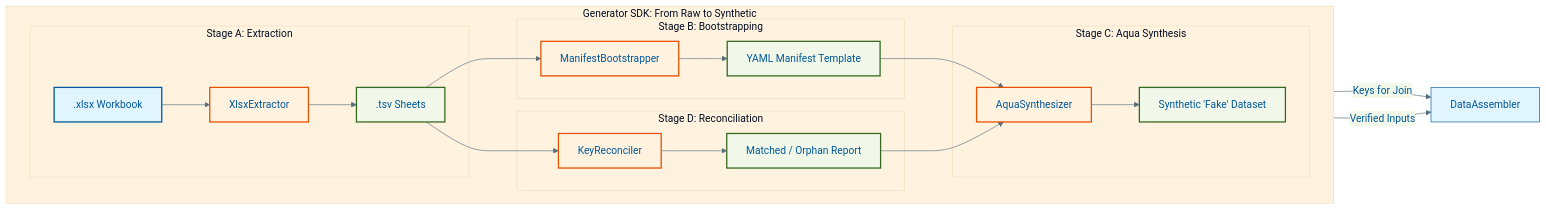
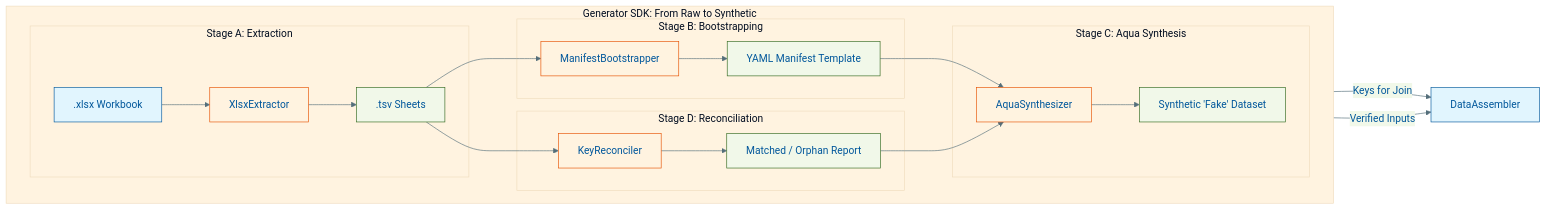
Before and after one commit to NorwegianVeterinaryInstitute/SPARMVET_VIZ: the diagram in docs/workflows/_sdk_mermaid.mmd, drawn with Mermaid. The commit also changed 5 other files, not shown here.

Commit message:
docs: refactor Mermaid diagrams, update documentation links, and standardize Quarto configuration structure

```diff
--- a/docs/workflows/_sdk_mermaid.mmd
+++ b/docs/workflows/_sdk_mermaid.mmd
@@ -1,53 +1,53 @@
 %%{init: {
   'theme': 'base',
   'themeVariables': {
     'primaryColor': '#e1f5fe',
     'primaryTextColor': '#01579b',
     'primaryBorderColor': '#01579b',
     'lineColor': '#546e7a',
     'secondaryColor': '#f1f8e9',
     'tertiaryColor': '#fff3e0',
     'fontSize': '16px',
     'fontFamily': 'arial'
   }
 }}%%
 graph LR
     %% Class Definitions
-    classDef input fill:#e1f5fe,stroke:#01579b,stroke-width:2px;
-    classDef logic fill:#fff3e0,stroke:#e65100,stroke-width:2px;
-    classDef output fill:#f1f8e9,stroke:#33691e,stroke-width:2px;
+    classDef input fill:#e1f5fe,stroke:#01579b;
+    classDef logic fill:#fff3e0,stroke:#e65100;
+    classDef output fill:#f1f8e9,stroke:#33691e;
 
     subgraph SDK ["Generator SDK: From Raw to Synthetic"]
         direction LR
 
         subgraph Extraction ["Stage A: Extraction"]
             XLSX[".xlsx Workbook"]:::input
             EX[XlsxExtractor]:::logic
             TSV_RAW[".tsv Sheets"]:::output
             XLSX --> EX --> TSV_RAW
         end
 
         subgraph Ingress ["Stage B: Bootstrapping"]
             B[ManifestBootstrapper]:::logic
             M[YAML Manifest Template]:::output
             TSV_RAW --> B --> M
         end
 
         subgraph Matching ["Stage D: Reconciliation"]
             R[KeyReconciler]:::logic
             MATCH["Matched / Orphan Report"]:::output
             TSV_RAW --> R --> MATCH
         end
 
         subgraph Synthesis ["Stage C: Aqua Synthesis"]
             A[AquaSynthesizer]:::logic
             D[Synthetic 'Fake' Dataset]:::output
             M --> A
             MATCH --> A
             A --> D
         end
     end
 
     %% Reconciler acting as bridge
     MATCH -->|"Keys for Join"| Assembler[DataAssembler]
     D -->|"Verified Inputs"| Assembler
```
